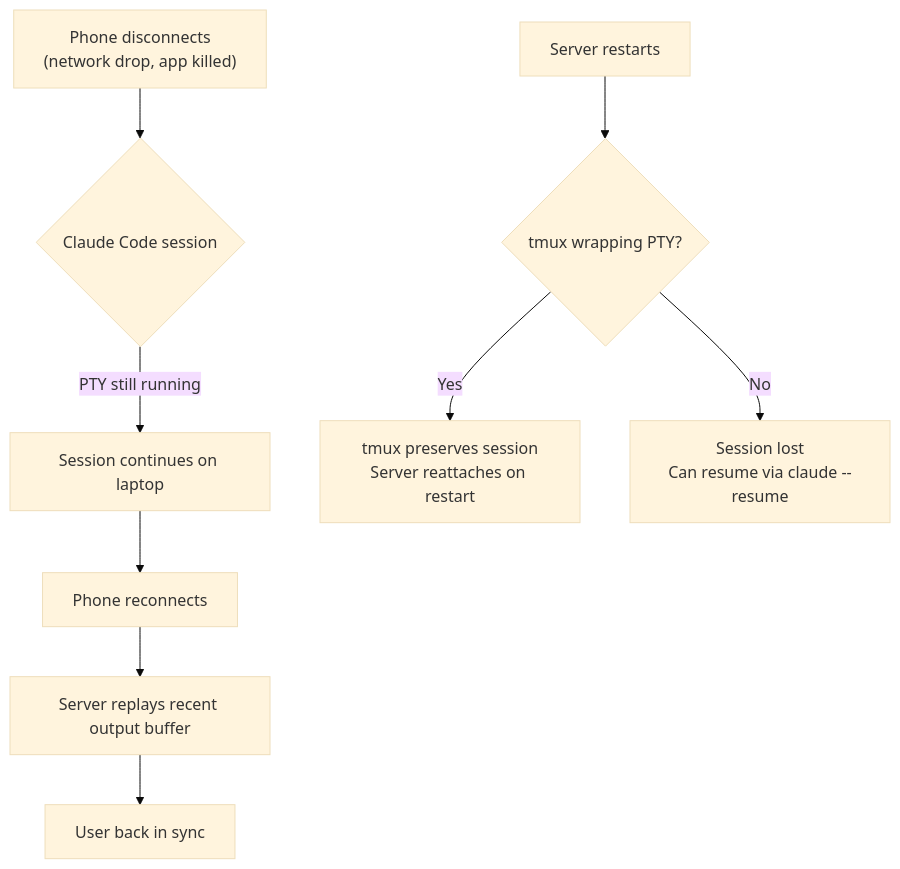
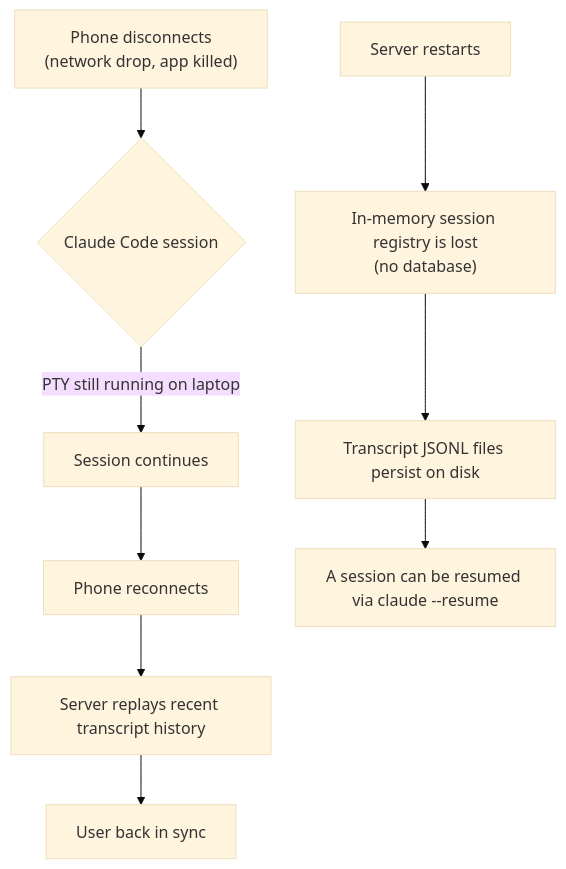
One commit to jagnani73/claude-controller changed the third of 6 diagrams in README.md. Above: the diagram before and after it, drawn with Mermaid (base theme). The commit also changed other lines of this file and 26 other files, not shown here.

````diff
--- a/README.md
+++ b/README.md
@@ -166,12 +171,12 @@
 ```mermaid
 graph TD
     A["Phone disconnects<br>(network drop, app killed)"] --> B{"Claude Code session"}
-    B -->|"PTY still running"| C["Session continues on laptop"]
+    B -->|"PTY still running on laptop"| C["Session continues"]
     C --> D["Phone reconnects"]
-    D --> E["Server replays recent output buffer"]
+    D --> E["Server replays recent transcript history"]
     E --> F["User back in sync"]
 
-    G["Server restarts"] --> H{"tmux wrapping PTY?"}
-    H -->|"Yes"| I["tmux preserves session<br>Server reattaches on restart"]
-    H -->|"No"| J["Session lost<br>Can resume via claude --resume"]
+    G["Server restarts"] --> H["In-memory session registry is lost<br>(no database)"]
+    H --> I["Transcript JSONL files persist on disk"]
+    I --> J["A session can be resumed via claude --resume"]
 ```
````
